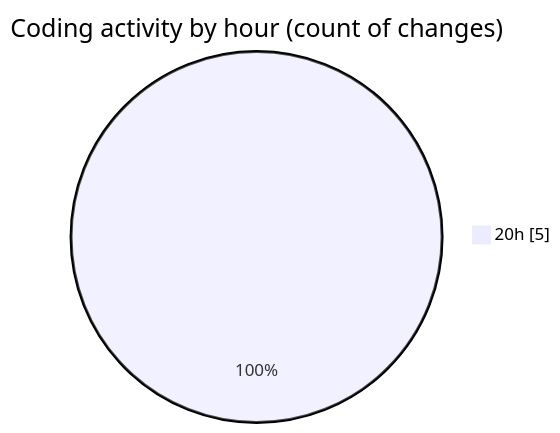
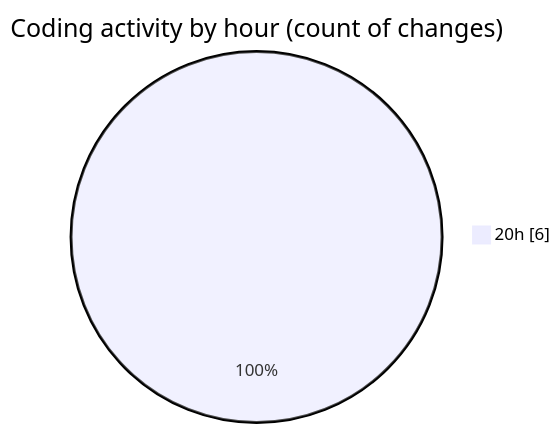
Before and after one commit to CELIANVF/code-tracking: the second of 2 diagrams in 2025-01-08/jupyterproject/README.md, drawn with Mermaid. The commit also changed other lines of this file and 1 other file, not shown here.

````diff
--- a/2025-01-08/jupyterproject/README.md
+++ b/2025-01-08/jupyterproject/README.md
@@ -28,5 +30,5 @@
 ```mermaid
 pie showData
 title Coding activity by hour (count of changes)
-"20h" : 5
+"20h" : 6
 ```
````
